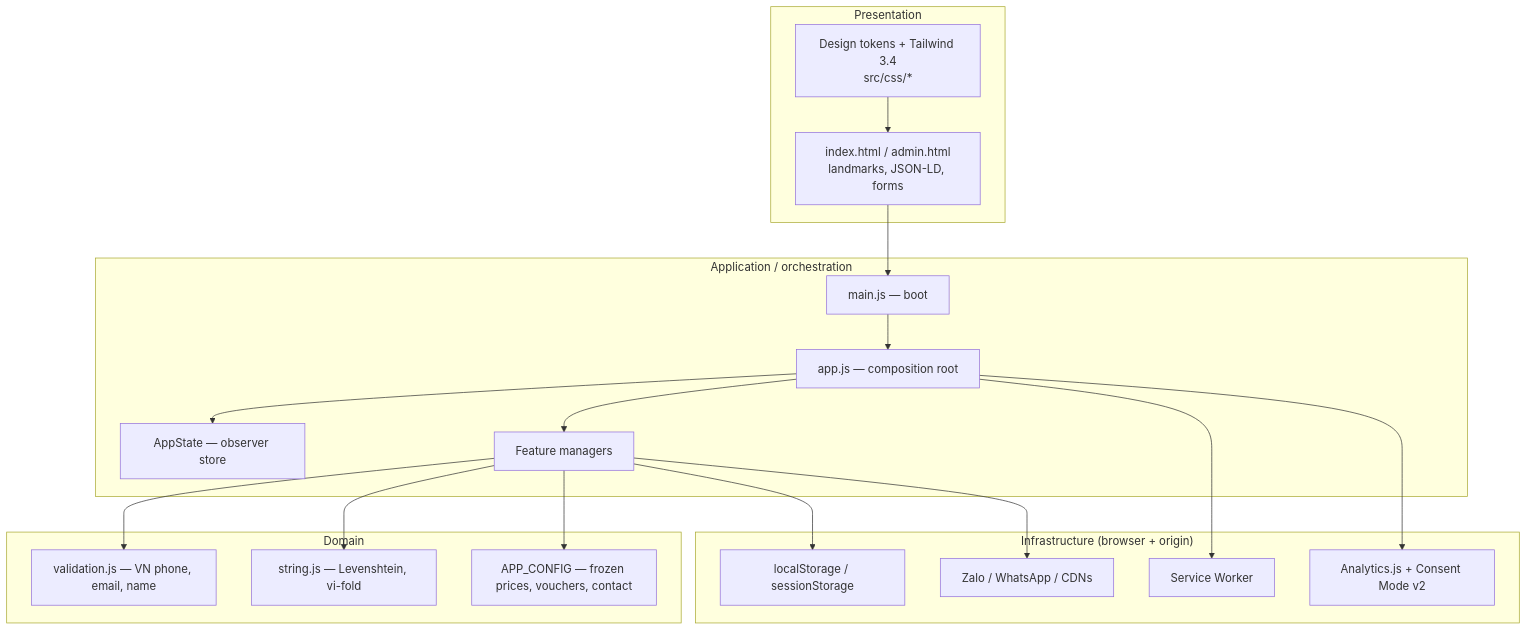
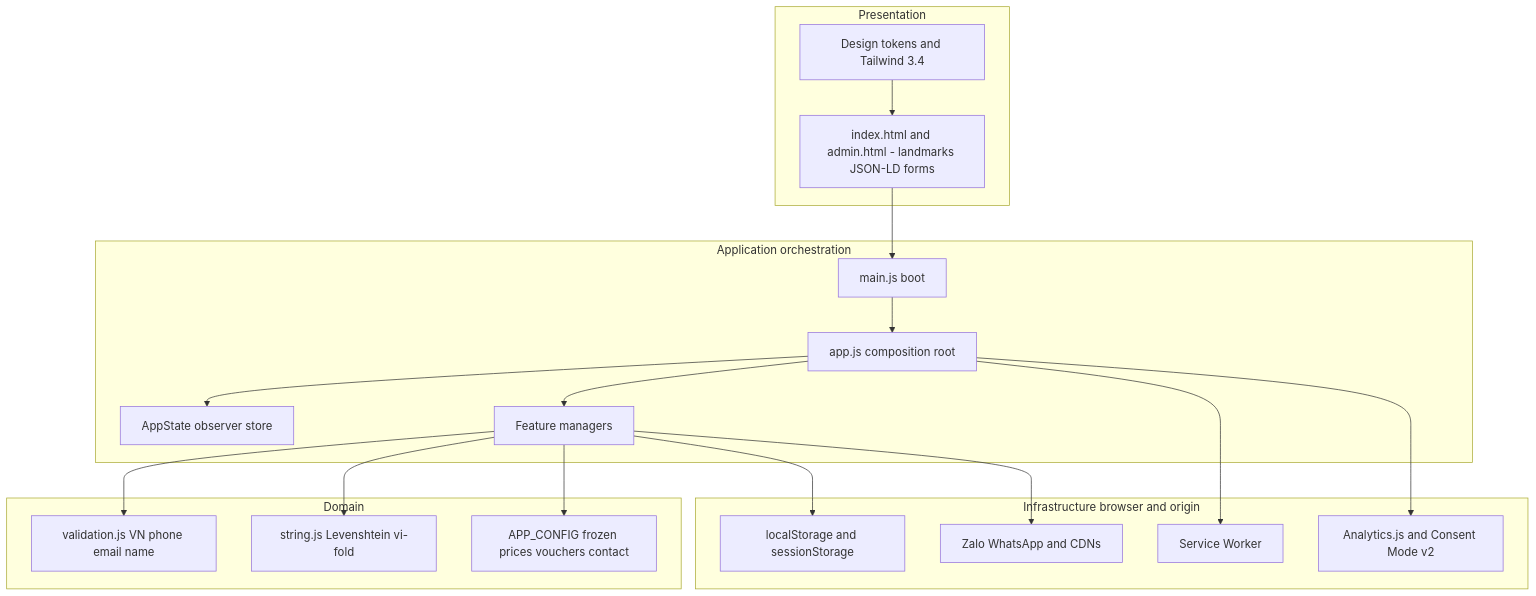
The second of 6 diagrams in README.md (TheHien04/Deltadev-link-), drawn with Mermaid before and after one commit. The commit also changed other lines of this file and 10 other files, not shown here.

First line of the commit message:
Fix GitHub Mermaid parse errors and use Mekong Delta origin

````diff
--- a/README.md
+++ b/README.md
@@ -359,39 +359,39 @@
 ```mermaid
 flowchart TB
   subgraph Presentation["Presentation"]
-    HTML["index.html / admin.html<br/>landmarks, JSON-LD, forms"]
-    CSS["Design tokens + Tailwind 3.4<br/>src/css/*"]
+    HTML["index.html and admin.html - landmarks JSON-LD forms"]
+    CSS["Design tokens and Tailwind 3.4"]
   end
 
-  subgraph Application["Application / orchestration"]
-    MAIN["main.js — boot"]
-    APP["app.js — composition root"]
-    ST["AppState — observer store"]
+  subgraph Application["Application orchestration"]
+    MAIN["main.js boot"]
+    APP["app.js composition root"]
+    ST["AppState observer store"]
     MGR["Feature managers"]
   end
 
   subgraph Domain["Domain"]
-    VAL["validation.js — VN phone, email, name"]
-    STR["string.js — Levenshtein, vi-fold"]
-    CFG["APP_CONFIG — frozen prices, vouchers, contact"]
+    VAL["validation.js VN phone email name"]
+    STR["string.js Levenshtein vi-fold"]
+    CFG["APP_CONFIG frozen prices vouchers contact"]
   end
 
-  subgraph Infrastructure["Infrastructure (browser + origin)"]
-    LS["localStorage / sessionStorage"]
+  subgraph Infrastructure["Infrastructure browser and origin"]
+    LS["localStorage and sessionStorage"]
     SW["Service Worker"]
-    AN["Analytics.js + Consent Mode v2"]
-    EXT["Zalo / WhatsApp / CDNs"]
+    AN["Analytics.js and Consent Mode v2"]
+    EXT["Zalo WhatsApp and CDNs"]
   end
 
   HTML --> MAIN --> APP
   CSS --> HTML
   APP --> ST
   APP --> MGR
   MGR --> VAL
   MGR --> STR
   MGR --> CFG
   MGR --> LS
   APP --> SW
   APP --> AN
   MGR --> EXT
 ```
````
